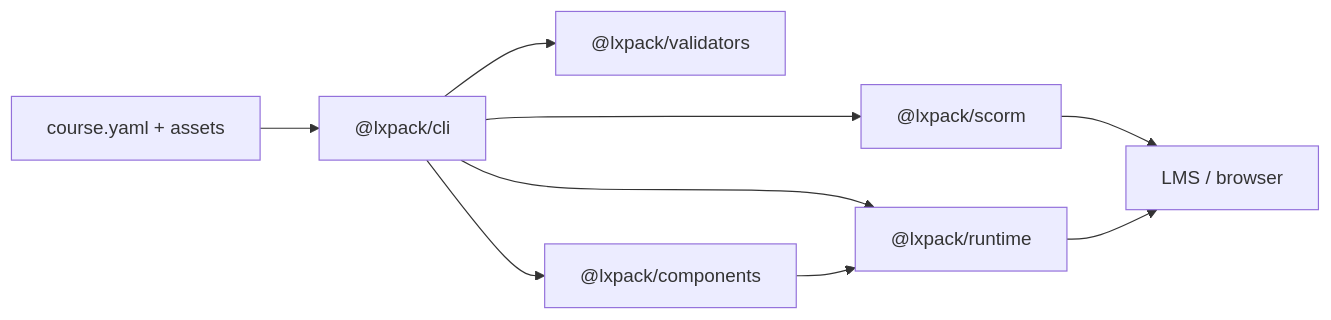
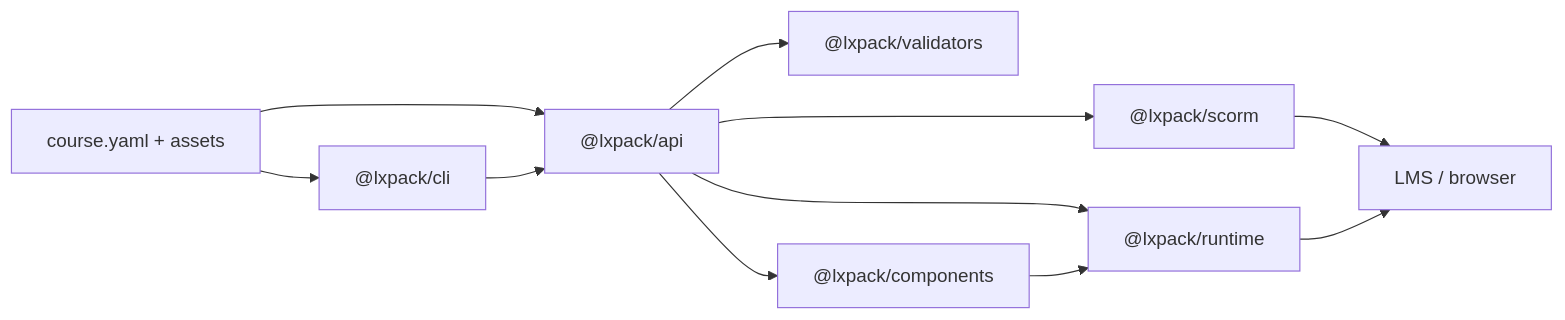
The diagram in README.md (eddiethedean/lxpack), drawn with Mermaid before and after one commit. The commit also changed other lines of this file and 6 other files, not shown here.

````diff
--- a/README.md
+++ b/README.md
@@ -254,19 +292,22 @@
 ```mermaid
 flowchart LR
   course["course.yaml + assets"]
   cli["@lxpack/cli"]
+  api["@lxpack/api"]
   validators["@lxpack/validators"]
   components["@lxpack/components"]
   runtime["@lxpack/runtime"]
   scorm["@lxpack/scorm"]
   lms["LMS / browser"]
 
   course --> cli
-  cli --> validators
-  cli --> components
-  cli --> runtime
-  cli --> scorm
+  course --> api
+  cli --> api
+  api --> validators
+  api --> components
+  api --> runtime
+  api --> scorm
   scorm --> lms
   runtime --> lms
   components --> runtime
 ```
````
